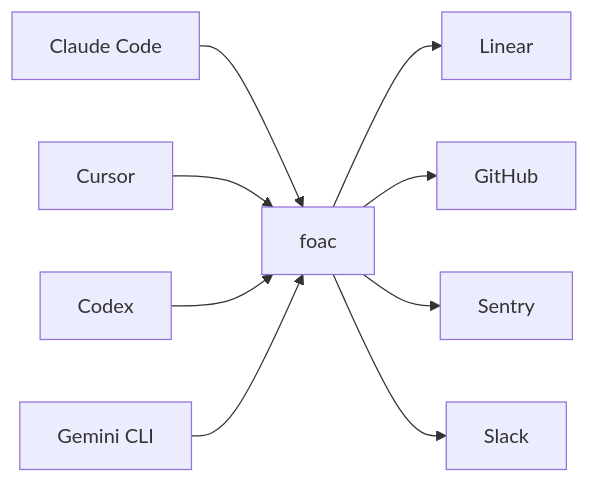
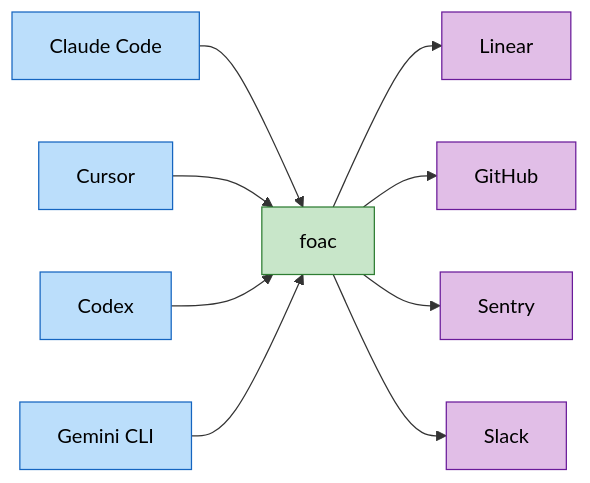
One commit to alephic-ai/foac changed the second of 2 diagrams in README.md. Above: the diagram before and after it, drawn with Mermaid. The commit also changed other lines of this file, not shown here.

Commit message:
docs: color the README diagrams by node kind

````diff
--- a/README.md
+++ b/README.md
@@ -36,8 +44,14 @@
 ```mermaid
 graph LR
     CC[Claude Code] --> F
     CU[Cursor] --> F
     CX[Codex] --> F
     GEM[Gemini CLI] --> F[foac]
     F --> Linear & GitHub & Sentry & Slack
+    classDef harness fill:#bbdefb,stroke:#1565c0,color:#000
+    classDef cli fill:#c8e6c9,stroke:#2e7d32,color:#000
+    classDef provider fill:#e1bee7,stroke:#6a1b9a,color:#000
+    class CC,CU,CX,GEM harness
+    class F cli
+    class Linear,GitHub,Sentry,Slack provider
 ```
````
